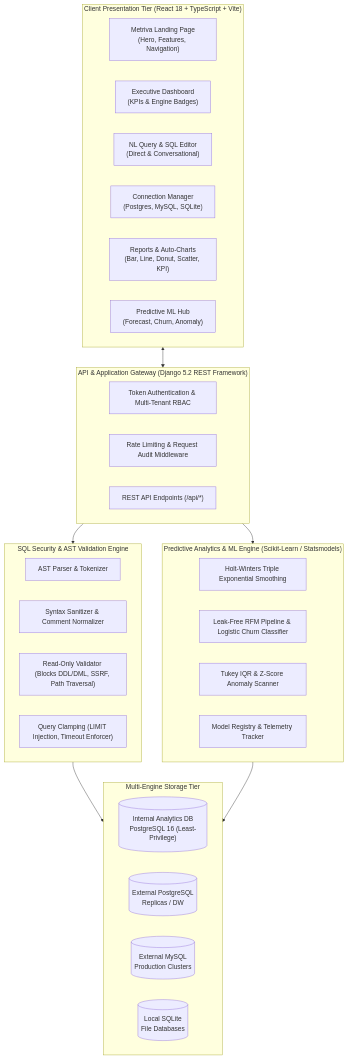
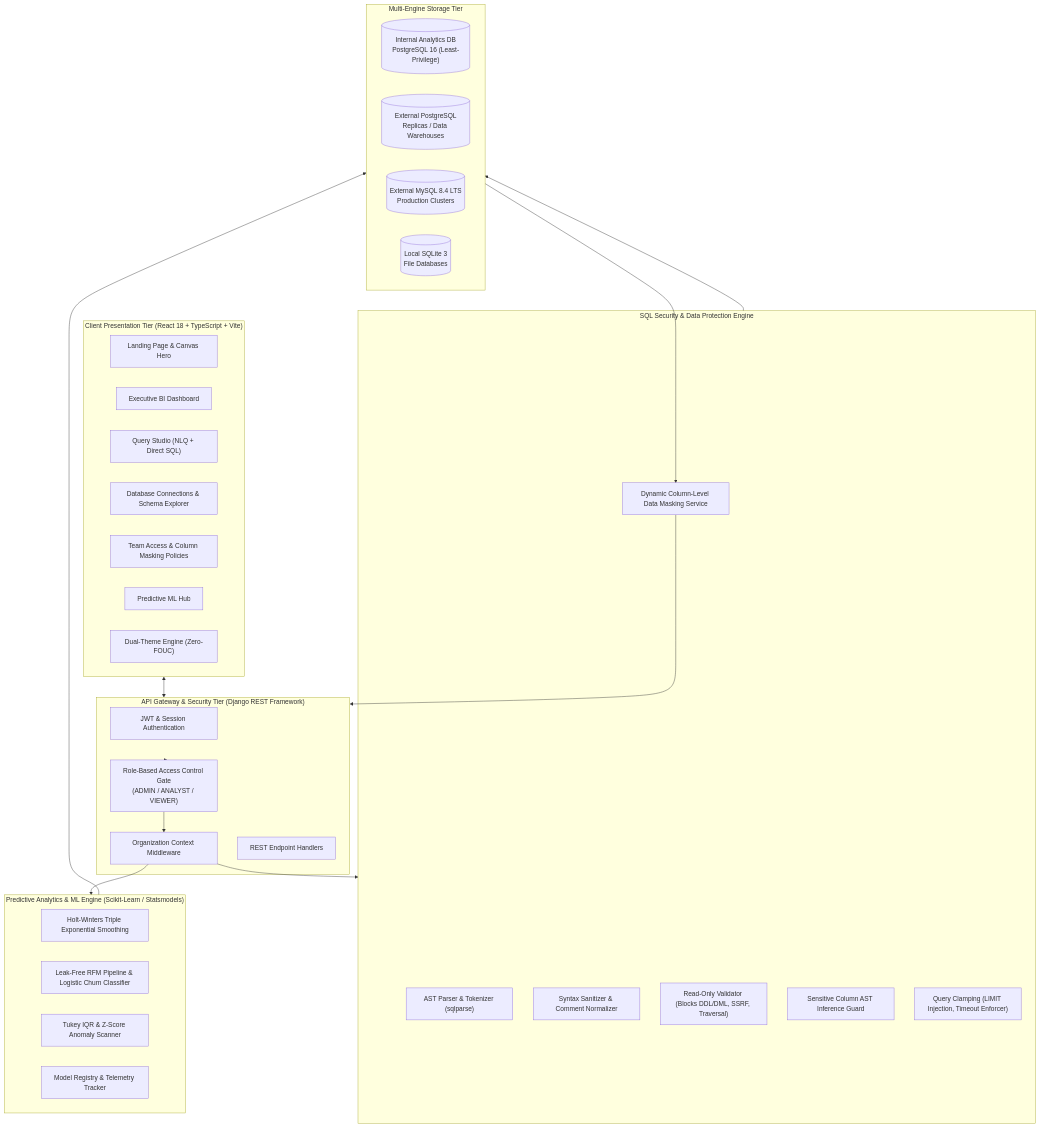
The diagram in README.md (maryamabdulkarim361-lab/Metriva), drawn with Mermaid before and after one commit. The commit also changed other lines of this file, not shown here.

Commit message:
docs: update README with architecture, RBAC and recruiter-ready guide

````diff
--- a/README.md
+++ b/README.md
@@ -46,44 +53,52 @@
 ```mermaid
 flowchart TB
     subgraph Client ["Client Presentation Tier (React 18 + TypeScript + Vite)"]
-        UI_Land["Metriva Landing Page<br/>(Hero, Features, Navigation)"]
-        UI_Dash["Executive Dashboard<br/>(KPIs & Engine Badges)"]
-        UI_Query["NL Query & SQL Editor<br/>(Direct & Conversational)"]
-        UI_DS["Connection Manager<br/>(Postgres, MySQL, SQLite)"]
-        UI_BI["Reports & Auto-Charts<br/>(Bar, Line, Donut, Scatter, KPI)"]
-        UI_ML["Predictive ML Hub<br/>(Forecast, Churn, Anomaly)"]
+        UI_Land["Landing Page & Canvas Hero"]
+        UI_Dash["Executive BI Dashboard"]
+        UI_Query["Query Studio (NLQ + Direct SQL)"]
+        UI_Conn["Database Connections & Schema Explorer"]
+        UI_Team["Team Access & Column Masking Policies"]
+        UI_ML["Predictive ML Hub"]
+        Theme["Dual-Theme Engine (Zero-FOUC)"]
     end
 
-    subgraph Gateway ["API & Application Gateway (Django 5.2 REST Framework)"]
-        Auth["Token Authentication & Multi-Tenant RBAC"]
-        RateLimit["Rate Limiting & Request Audit Middleware"]
-        Router["REST API Endpoints (/api/*)"]
+    subgraph Gateway ["API Gateway & Security Tier (Django REST Framework)"]
+        Auth["JWT & Session Authentication"]
+        RBAC["Role-Based Access Control Gate<br/>(ADMIN / ANALYST / VIEWER)"]
+        Tenant["Organization Context Middleware"]
+        Router["REST Endpoint Handlers"]
     end
 
-    subgraph Security ["SQL Security & AST Validation Engine"]
-        Lexer["AST Parser & Tokenizer"]
+    subgraph Security ["SQL Security & Data Protection Engine"]
+        Lexer["AST Parser & Tokenizer (sqlparse)"]
         Sanitizer["Syntax Sanitizer & Comment Normalizer"]
-        Validator["Read-Only Validator (Blocks DDL/DML, SSRF, Path Traversal)"]
+        Validator["Read-Only Validator (Blocks DDL/DML, SSRF, Traversal)"]
+        Inference["Sensitive Column AST Inference Guard"]
         Clamp["Query Clamping (LIMIT Injection, Timeout Enforcer)"]
+        Masking["Dynamic Column-Level Data Masking Service"]
     end
 
     subgraph ML_Subsystem ["Predictive Analytics & ML Engine (Scikit-Learn / Statsmodels)"]
         HW["Holt-Winters Triple Exponential Smoothing"]
         RFM["Leak-Free RFM Pipeline & Logistic Churn Classifier"]
         Anomaly["Tukey IQR & Z-Score Anomaly Scanner"]
         Registry["Model Registry & Telemetry Tracker"]
     end
 
     subgraph Storage ["Multi-Engine Storage Tier"]
         InternalDB[("Internal Analytics DB<br/>PostgreSQL 16 (Least-Privilege)")]
-        ExternalPG[("External PostgreSQL<br/>Replicas / DW")]
-        ExternalMySQL[("External MySQL<br/>Production Clusters")]
-        ExternalSQLite[("Local SQLite<br/>File Databases")]
+        ExternalPG[("External PostgreSQL<br/>Replicas / Data Warehouses")]
+        ExternalMySQL[("External MySQL 8.4 LTS<br/>Production Clusters")]
+        ExternalSQLite[("Local SQLite 3<br/>File Databases")]
     end
 
     Client <--> Gateway
-    Gateway --> Security
+    Gateway --> RBAC
+    RBAC --> Tenant
+    Tenant --> Security
     Security --> Storage
-    Gateway --> ML_Subsystem
+    Tenant --> ML_Subsystem
     ML_Subsystem --> Storage
+    Storage --> Masking
+    Masking --> Gateway
 ```
````
